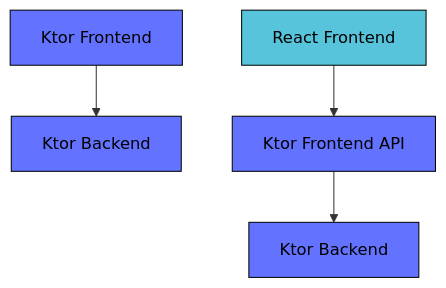
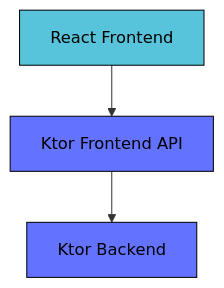
One commit to onlyteo/ktor-sandbox changed the second of 2 diagrams in README.md. Above: the diagram before and after it, drawn with Mermaid. The commit also changed other lines of this file and 13 other files, not shown here.

````diff
--- a/README.md
+++ b/README.md
@@ -13,19 +40,12 @@
 ```mermaid
 graph TD
-    A1[Ktor Frontend]
-    B1[Ktor Backend]
-
-    A2[React Frontend]
-    B2[Ktor Frontend API]
-    C2[Ktor Backend]
-
-    A1:::ktor --> B1:::ktor
+    A[React Frontend]
+    B[Ktor Frontend API]
+    C[Ktor Backend]
     
-    A2:::react --> B2:::ktor
-    B2:::ktor --> C2:::ktor
+    A:::react --> B:::ktor
+    B:::ktor --> C:::ktor
     
     classDef react fill: #58c4dc, stroke: #000000, color: #000000
     classDef ktor fill: #6373ff, stroke: #000000, color: #000000
-    classDef spring fill: #80ea6e, stroke: #000000, color: #000000
-    classDef oauth2 fill: #c98979, stroke: #000000, color: #000000
 ```
````
